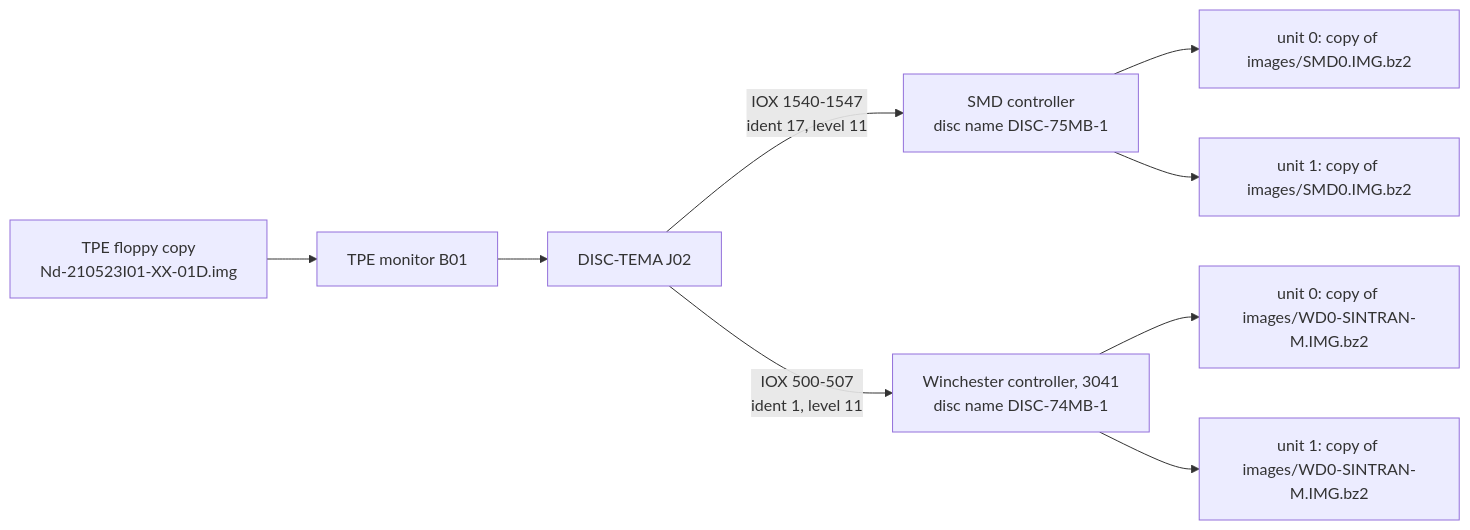
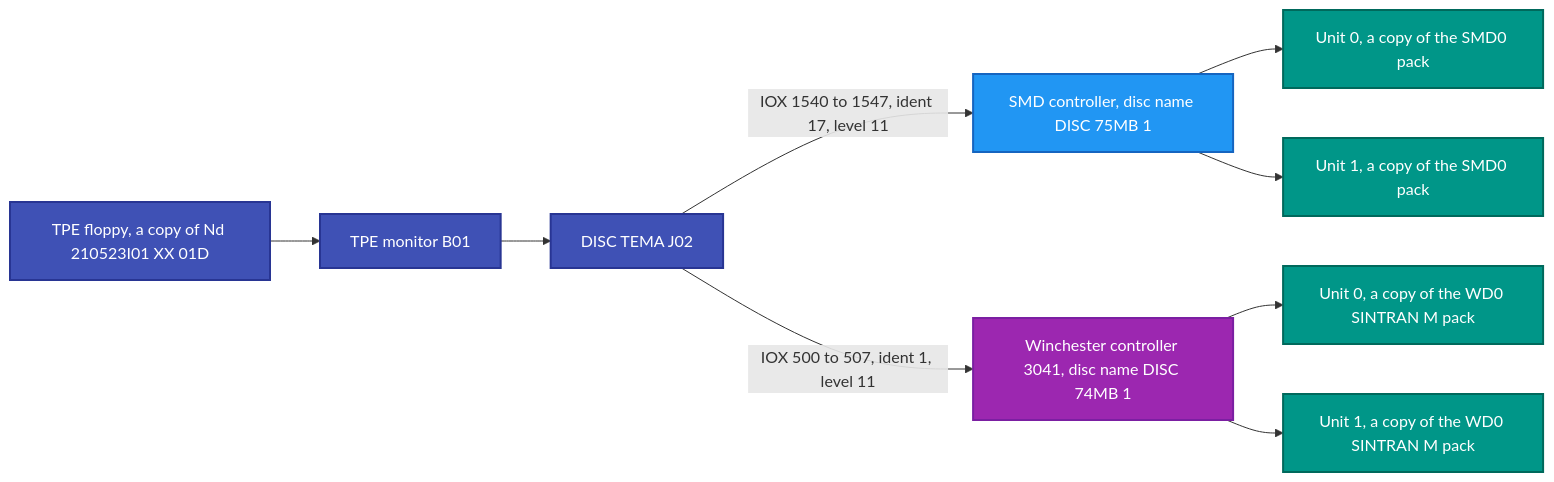
Before and after one commit to RetroCoreLabs/nd100x: the first of 5 diagrams in docs/DISC-TEMA-TESTING.md, drawn with Mermaid. The commit also changed other lines of this file and 1 other file, not shown here.

First line of the commit message:
DISC-TEMA document: contents on top, grouped sections, readable everywhere

````diff
--- a/docs/DISC-TEMA-TESTING.md
+++ b/docs/DISC-TEMA-TESTING.md
@@ -168,11 +167,22 @@
 ```mermaid
 flowchart LR
-  F["TPE floppy copy<br/>Nd-210523I01-XX-01D.img"] --> TPE["TPE monitor B01"]
-  TPE --> DT["DISC-TEMA J02"]
-  DT -- "IOX 1540-1547<br/>ident 17, level 11" --> SMD["SMD controller<br/>disc name DISC-75MB-1"]
-  DT -- "IOX 500-507<br/>ident 1, level 11" --> WD["Winchester controller, 3041<br/>disc name DISC-74MB-1"]
-  SMD --> S0["unit 0: copy of images/SMD0.IMG.bz2"]
-  SMD --> S1["unit 1: copy of images/SMD0.IMG.bz2"]
-  WD --> W0["unit 0: copy of images/WD0-SINTRAN-M.IMG.bz2"]
-  WD --> W1["unit 1: copy of images/WD0-SINTRAN-M.IMG.bz2"]
+  F["TPE floppy, a copy of Nd 210523I01 XX 01D"] --> TPE["TPE monitor B01"]
+  TPE --> DT["DISC TEMA J02"]
+  DT -->|"IOX 1540 to 1547, ident 17, level 11"| SMD["SMD controller, disc name DISC 75MB 1"]
+  DT -->|"IOX 500 to 507, ident 1, level 11"| WD["Winchester controller 3041, disc name DISC 74MB 1"]
+  SMD --> S0["Unit 0, a copy of the SMD0 pack"]
+  SMD --> S1["Unit 1, a copy of the SMD0 pack"]
+  WD --> W0["Unit 0, a copy of the WD0 SINTRAN M pack"]
+  WD --> W1["Unit 1, a copy of the WD0 SINTRAN M pack"]
+  classDef program fill:#3F51B5,stroke:#283593,stroke-width:2px,color:#fff
+  classDef smd fill:#2196F3,stroke:#1565C0,stroke-width:2px,color:#fff
+  classDef wd fill:#9C27B0,stroke:#7B1FA2,stroke-width:2px,color:#fff
+  classDef data fill:#009688,stroke:#00695C,stroke-width:2px,color:#fff
+  classDef decide fill:#FFA726,stroke:#F57C00,stroke-width:2px,color:#000
+  classDef pass fill:#4CAF50,stroke:#2E7D32,stroke-width:2px,color:#fff
+  classDef fail fill:#F44336,stroke:#C62828,stroke-width:2px,color:#fff
+  class F,TPE,DT program
+  class SMD smd
+  class WD wd
+  class S0,S1,W0,W1 data
 ```
````
